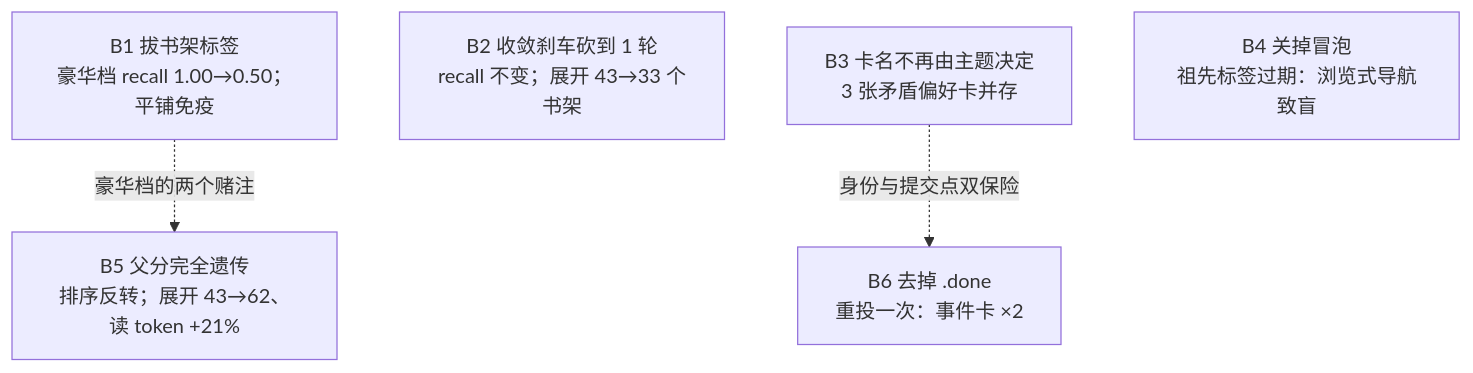
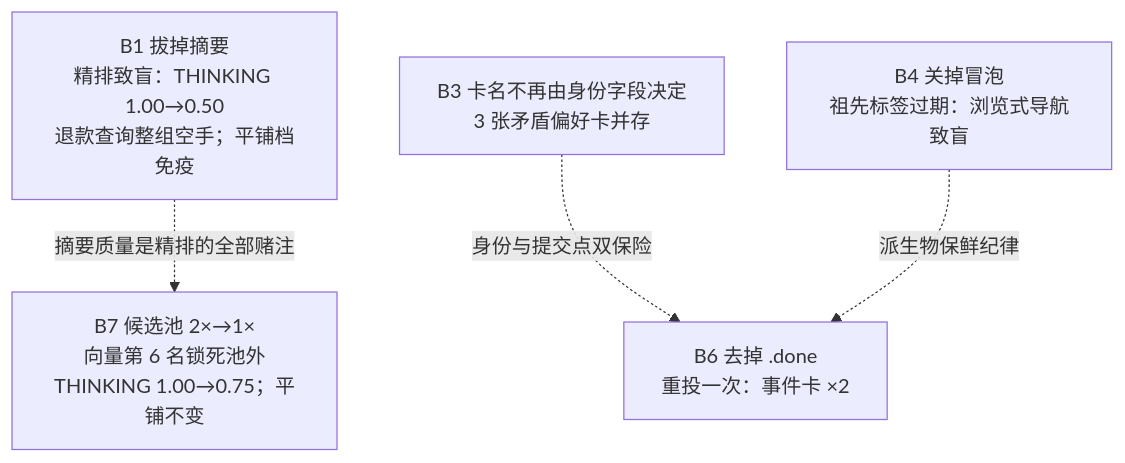
One commit to ThreeFish-AI/negentropy changed the diagram in docs/assets/mermaid/cognitive-context/openviking--lab-break-matrix.mmd. Above: the diagram before and after it, drawn with Mermaid. The commit also changed 30 other files, not shown here.

First line of the commit message:
docs(OpenViking): 014 精读换代重写（钉点 6227af51/v0.5.1.1）+ 检索相三图重绘;

```diff
--- a/docs/assets/mermaid/cognitive-context/openviking--lab-break-matrix.mmd
+++ b/docs/assets/mermaid/cognitive-context/openviking--lab-break-matrix.mmd
@@ -1,13 +1,14 @@
-%% source: docs/research/cognitive-context/014-openviking.md §10（视频 P6）
+%% source: docs/research/cognitive-context/014-openviking.md §10（换代重绘）
 %% slug: openviking--lab-break-matrix
-%% type: architecture
+%% type: workflow
 %% derived: docs/assets/architecture/cognitive-context/openviking--lab-break-matrix.html
+%% fix: 2026-10-22 B2/B5 随上游机制删除退役；B1 重铸为「拔 abstract→精排致盲」；新增 B7 池边界；钉点 6227af51
 flowchart TB
-  B1["B1 拔书架标签<br/>豪华档 recall 1.00→0.50；平铺免疫"]
-  B2["B2 收敛刹车砍到 1 轮<br/>recall 不变；展开 43→33 个书架"]
-  B3["B3 卡名不再由主题决定<br/>3 张矛盾偏好卡并存"]
+  B1["B1 拔掉摘要<br/>精排致盲：THINKING 1.00→0.50<br/>退款查询整组空手；平铺档免疫"]
+  B3["B3 卡名不再由身份字段决定<br/>3 张矛盾偏好卡并存"]
   B4["B4 关掉冒泡<br/>祖先标签过期：浏览式导航致盲"]
-  B5["B5 父分完全遗传<br/>排序反转；展开 43→62、读 token +21%"]
   B6["B6 去掉 .done<br/>重投一次：事件卡 ×2"]
-  B1 -.->|"豪华档的两个赌注"| B5
+  B7["B7 候选池 2×→1×<br/>向量第 6 名锁死池外<br/>THINKING 1.00→0.75；平铺不变"]
+  B1 -.->|"摘要质量是精排的全部赌注"| B7
   B3 -.->|"身份与提交点双保险"| B6
+  B4 -.->|"派生物保鲜纪律"| B6
```
